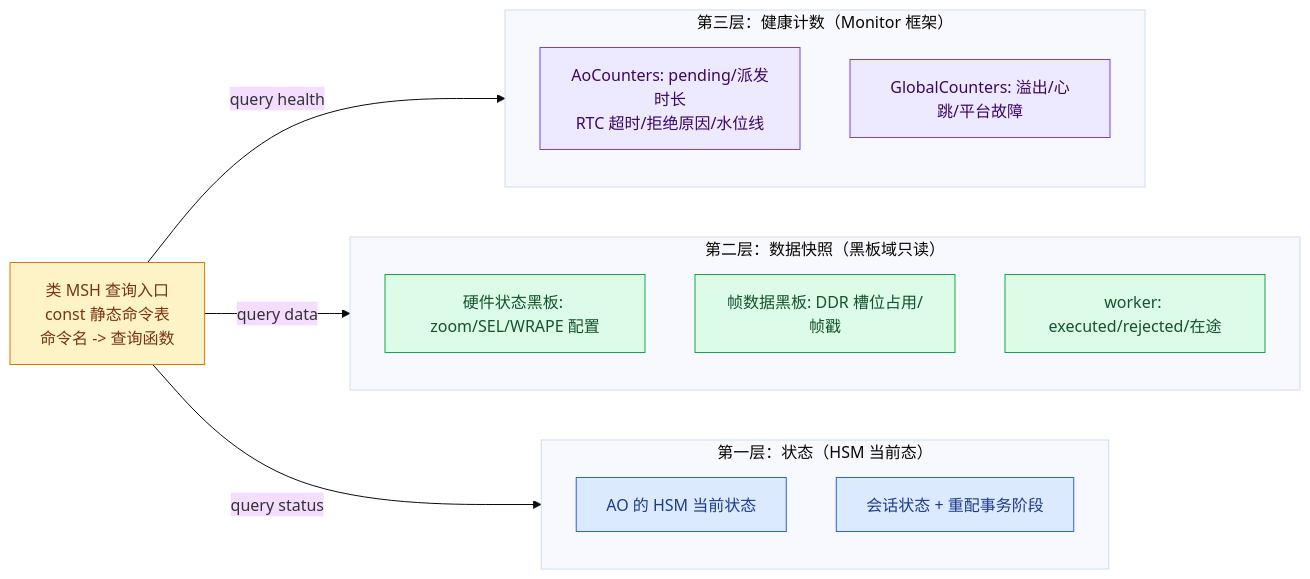
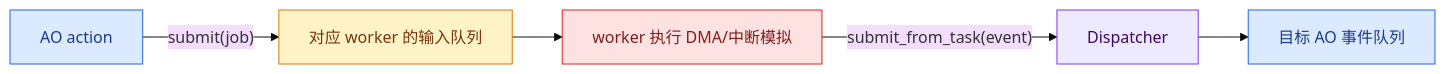
Before and after one commit to DeguiLiu/coact: the sixth of 6 diagrams in docs/example_ISP_pipeline_design_architecture_zh.md, drawn with Mermaid (base theme). The commit also changed other lines of this file and 8 other files, not shown here.

````diff
--- a/docs/example_ISP_pipeline_design_architecture_zh.md
+++ b/docs/example_ISP_pipeline_design_architecture_zh.md
@@ -618,27 +310,11 @@
 ```mermaid
 flowchart LR
-    MSH["类 MSH 查询入口<br/>const 静态命令表<br/>命令名 -> 查询函数"]:::msh
-    subgraph L3["第三层：健康计数（Monitor 框架）"]
-        direction TB
-        M1["AoCounters: pending/派发时长<br/>RTC 超时/拒绝原因/水位线"]:::c3
-        M2["GlobalCounters: 溢出/心跳/平台故障"]:::c3
-    end
-    subgraph L2["第二层：数据快照（黑板域只读）"]
-        direction TB
-        D1["硬件状态黑板: zoom/SEL/WRAPE 配置"]:::c2
-        D2["帧数据黑板: DDR 槽位占用/帧戳"]:::c2
-        D3["worker: executed/rejected/在途"]:::c2
-    end
-    subgraph L1["第一层：状态（HSM 当前态）"]
-        direction TB
-        S1["AO 的 HSM 当前状态"]:::c1
-        S2["会话状态 + 重配事务阶段"]:::c1
-    end
-    MSH -->|"query health"| L3
-    MSH -->|"query data"| L2
-    MSH -->|"query status"| L1
-    classDef msh fill:#fef3c7,stroke:#d97706,color:#78350f
-    classDef c1 fill:#dbeafe,stroke:#2563eb,color:#1e3a8a
-    classDef c2 fill:#dcfce7,stroke:#16a34a,color:#14532d
-    classDef c3 fill:#ede9fe,stroke:#7c3aed,color:#3b0764
+    A["AO action"]:::ao -->|"submit(job)"| B["对应 worker 的输入队列"]:::queue
+    B --> C["worker 执行 DMA/中断模拟"]:::worker
+    C -->|"submit_from_task(event)"| D["Dispatcher"]:::dispatcher
+    D --> E["目标 AO 事件队列"]:::ao
+    classDef ao fill:#dbeafe,stroke:#2563eb,color:#1e3a8a
+    classDef queue fill:#fef3c7,stroke:#d97706,color:#78350f
+    classDef worker fill:#fee2e2,stroke:#dc2626,color:#7f1d1d
+    classDef dispatcher fill:#ede9fe,stroke:#7c3aed,color:#3b0764
 ```
````
